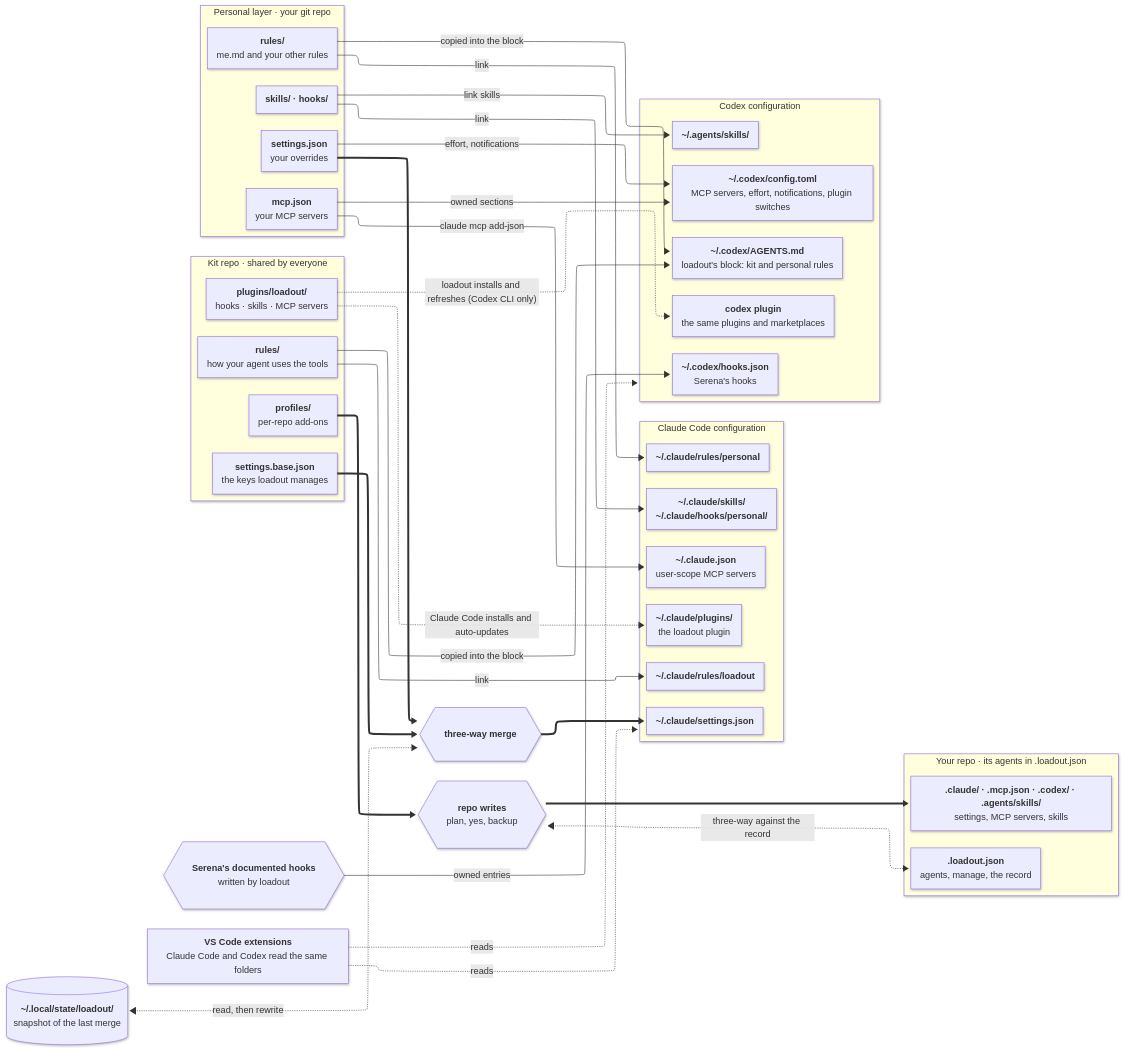
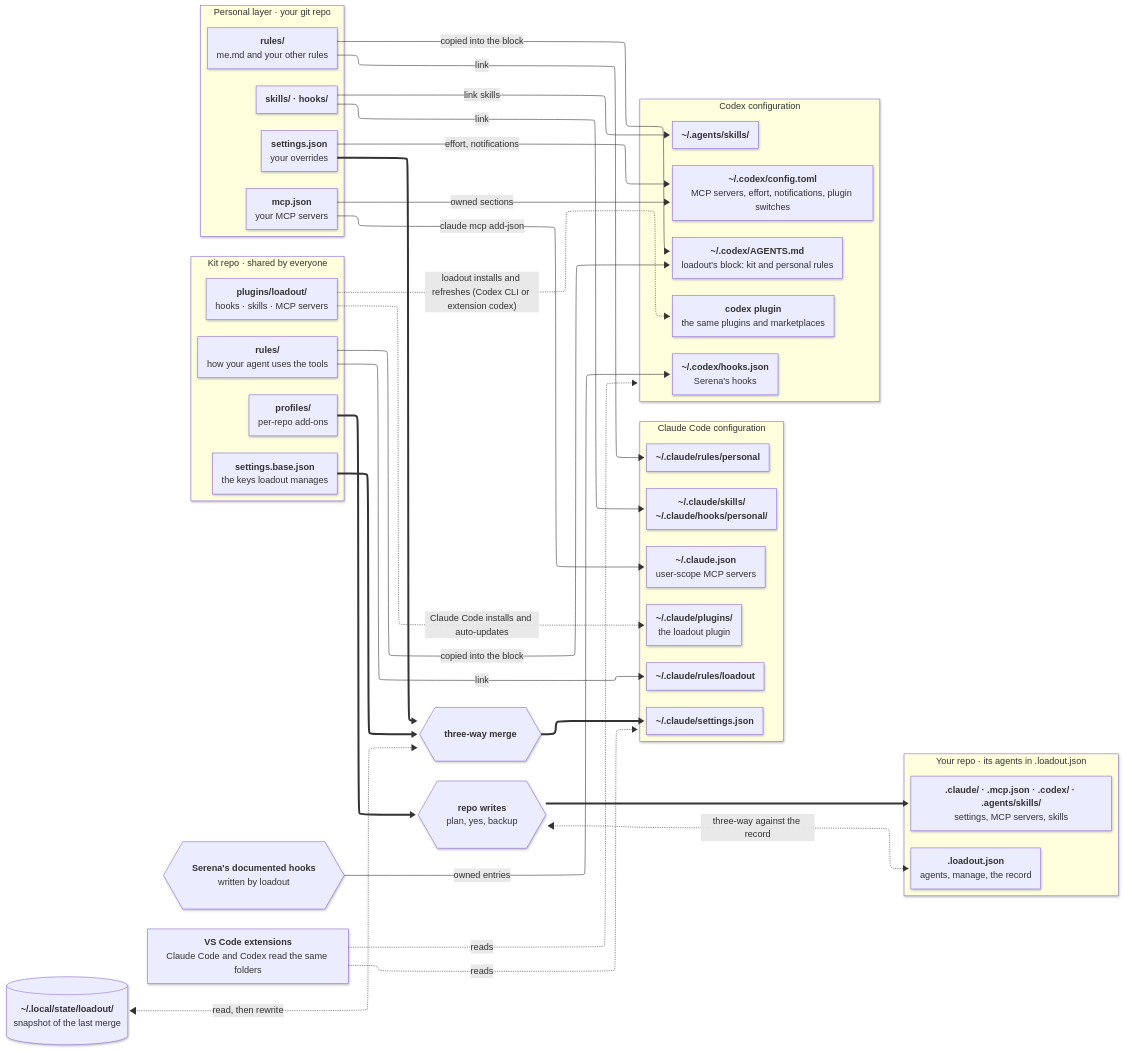
The diagram in docs/diagrams/architecture-overview.mmd (jonasyr/agent-loadout), drawn with Mermaid before and after one commit. The commit also changed 58 other files, not shown here.

```diff
--- a/docs/diagrams/architecture-overview.mmd
+++ b/docs/diagrams/architecture-overview.mmd
@@ -1,118 +1,118 @@
 ---
 config:
   look: neo
   layout: elk
   flowchart:
     curve: basis
     nodeSpacing: 24
     rankSpacing: 80
     wrappingWidth: 320
 ---
 flowchart LR
   subgraph KIT["Kit repo · shared by everyone"]
     direction TB
     kPlugin["`**plugins/loadout/**
     hooks · skills · MCP servers`"]
     kRules["`**rules/**
     how your agent uses the tools`"]
     kBase["`**settings.base.json**
     the keys loadout manages`"]
     kProf["`**profiles/**
     per-repo add-ons`"]
   end
 
   subgraph PER["Personal layer · your git repo"]
     direction TB
     pRules["`**rules/**
     me.md and your other rules`"]
     pSkills["`**skills/ · hooks/**`"]
     pSet["`**settings.json**
     your overrides`"]
     pMcp["`**mcp.json**
     your MCP servers`"]
   end
 
   merge{{"`**three-way merge**`"}}
   snap[("`**~/.local/state/loadout/**
   snapshot of the last merge`")]
 
   subgraph CC["Claude Code configuration"]
     direction TB
     cPlugin["`**~/.claude/plugins/**
     the loadout plugin`"]
     cRulesK["`**~/.claude/rules/loadout**`"]
     cRulesP["`**~/.claude/rules/personal**`"]
     cSkills["`**~/.claude/skills/**
     **~/.claude/hooks/personal/**`"]
     cSet["`**~/.claude/settings.json**`"]
     cMcp["`**~/.claude.json**
     user-scope MCP servers`"]
   end
 
   subgraph CX["Codex configuration"]
     direction TB
     xPlugin["`**codex plugin**
     the same plugins and marketplaces`"]
     xAgents["`**~/.codex/AGENTS.md**
     loadout's block: kit and personal rules`"]
     xConf["`**~/.codex/config.toml**
     MCP servers, effort, notifications, plugin switches`"]
     xHooks["`**~/.codex/hooks.json**
     Serena's hooks`"]
     xSkills["`**~/.agents/skills/**`"]
   end
 
   serena{{"`**Serena's documented hooks**
   written by loadout`"}}
 
   vsc["`**VS Code extensions**
   Claude Code and Codex read the same folders`"]
 
   plan{{"`**repo writes**
   plan, yes, backup`"}}
 
   subgraph REPO["Your repo · its agents in .loadout.json"]
     direction TB
     rCfg["`**.loadout.json**
     agents, manage, the record`"]
     rFiles["`**.claude/ · .mcp.json · .codex/ · .agents/skills/**
     settings, MCP servers, skills`"]
   end
 
   kPlugin -. "Claude Code installs and auto-updates" .-> cPlugin
   kRules -- link --> cRulesK
   pRules -- link --> cRulesP
   pSkills -- link --> cSkills
   kBase e4@==> merge
   pSet e5@==> merge
   snap <-. "read, then rewrite" .-> merge
   merge e7@==> cSet
   pMcp -- "claude mcp add-json" --> cMcp
-  kPlugin -. "loadout installs and refreshes (Codex CLI only)" .-> xPlugin
+  kPlugin -. "loadout installs and refreshes (Codex CLI or extension codex)" .-> xPlugin
   serena -- "owned entries" --> xHooks
   kRules -- "copied into the block" --> xAgents
   pRules -- "copied into the block" --> xAgents
   pSkills -- "link skills" --> xSkills
   pMcp -- "owned sections" --> xConf
   pSet -- "effort, notifications" --> xConf
   vsc e16@-. reads .-> CC
   vsc e17@-. reads .-> CX
   kProf e18@==> plan
   plan e19@==> rFiles
   plan <-. "three-way against the record" .-> rCfg
 
   class kPlugin,kRules,kBase,kProf kit
   class pRules,pSkills,pSet,pMcp personal
   class cPlugin,cRulesK,cRulesP,cSkills,cSet,cMcp claude
   class merge,plan,serena engine
   class snap,vsc state
   class rCfg,rFiles local
   class KIT kitGroup
   class PER personalGroup
   class CC claudeGroup
   class xPlugin,xAgents,xConf,xHooks,xSkills codex
   class CX codexGroup
   class REPO engineGroup
   class e4,e5,e7,e18,e19 emph
   class e16,e17 muted
 %% palette
```
